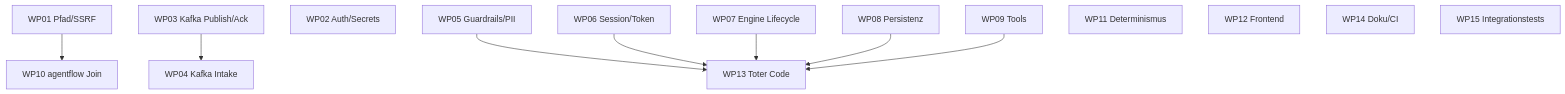
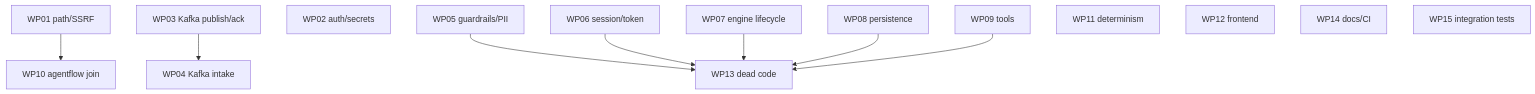
One commit to augmentia-de/agentic-playground changed the diagram in todo/README.md. Above: the diagram before and after it, drawn with Mermaid. The commit also changed other lines of this file and 15 other files, not shown here.

````diff
--- a/todo/README.md
+++ b/todo/README.md
@@ -43,15 +43,15 @@
 ```mermaid
 flowchart TD
-  WP01[WP01 Pfad/SSRF] --> WP10[WP10 agentflow Join]
-  WP03[WP03 Kafka Publish/Ack] --> WP04[WP04 Kafka Intake]
-  WP02[WP02 Auth/Secrets]
-  WP05[WP05 Guardrails/PII] --> WP13[WP13 Toter Code]
-  WP06[WP06 Session/Token] --> WP13
-  WP07[WP07 Engine Lifecycle] --> WP13
-  WP08[WP08 Persistenz] --> WP13
-  WP09[WP09 Tools] --> WP13
-  WP11[WP11 Determinismus]
-  WP12[WP12 Frontend]
-  WP14[WP14 Doku/CI]
-  WP15[WP15 Integrationstests]
+  WP01[WP01 path/SSRF] --> WP10[WP10 agentflow join]
+  WP03[WP03 Kafka publish/ack] --> WP04[WP04 Kafka intake]
+  WP02[WP02 auth/secrets]
+  WP05[WP05 guardrails/PII] --> WP13[WP13 dead code]
+  WP06[WP06 session/token] --> WP13
+  WP07[WP07 engine lifecycle] --> WP13
+  WP08[WP08 persistence] --> WP13
+  WP09[WP09 tools] --> WP13
+  WP11[WP11 determinism]
+  WP12[WP12 frontend]
+  WP14[WP14 docs/CI]
+  WP15[WP15 integration tests]
 ```
````
